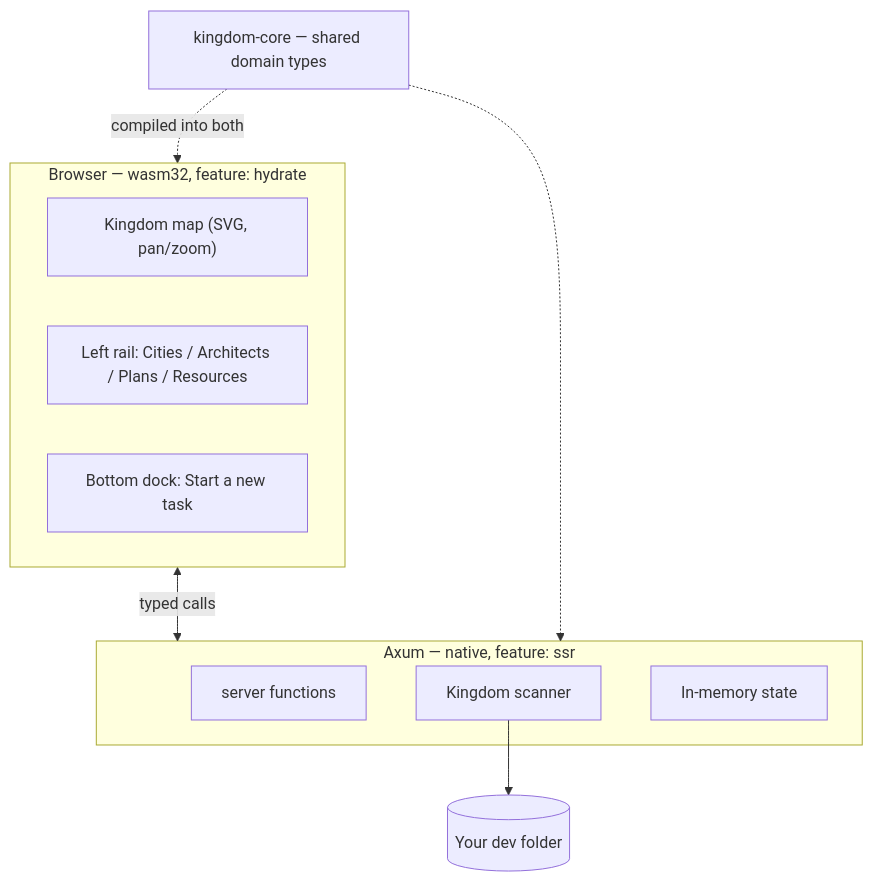
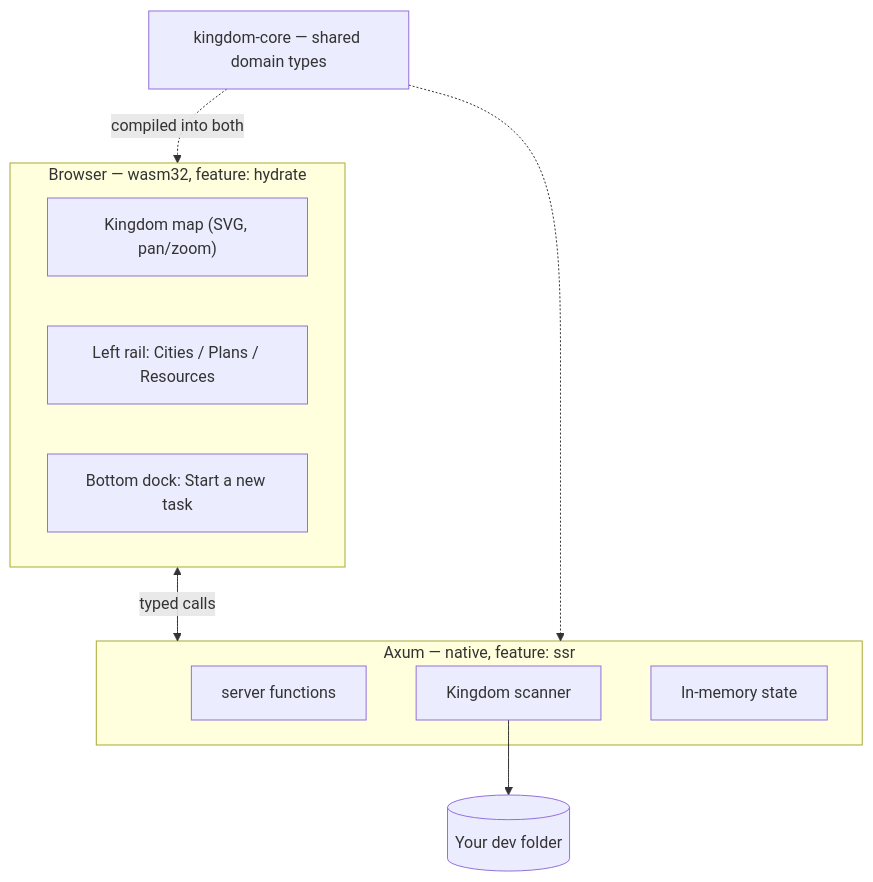
Before and after one commit to craigloewen-msft/kingdom-ide: the diagram in AGENTS.md, drawn with Mermaid. The commit also changed other lines of this file and 2 other files, not shown here.

````diff
--- a/AGENTS.md
+++ b/AGENTS.md
@@ -150,20 +157,20 @@
 ```mermaid
 flowchart TB
   subgraph Browser["Browser — wasm32, feature: hydrate"]
     Map["Kingdom map (SVG, pan/zoom)"]
-    Side["Left rail: Cities / Architects / Plans / Resources"]
+    Side["Left rail: Cities / Plans / Resources"]
     Chat["Bottom dock: Start a new task"]
   end
   subgraph Server["Axum — native, feature: ssr"]
     SF["server functions"]
     Scan["Kingdom scanner"]
     Store["In-memory state"]
   end
   Core["kingdom-core — shared domain types"]
   FS[("Your dev folder")]
 
   Browser <-->|"typed calls"| Server
   Scan --> FS
   Core -.->|"compiled into both"| Browser
   Core -.-> Server
 ```
````
